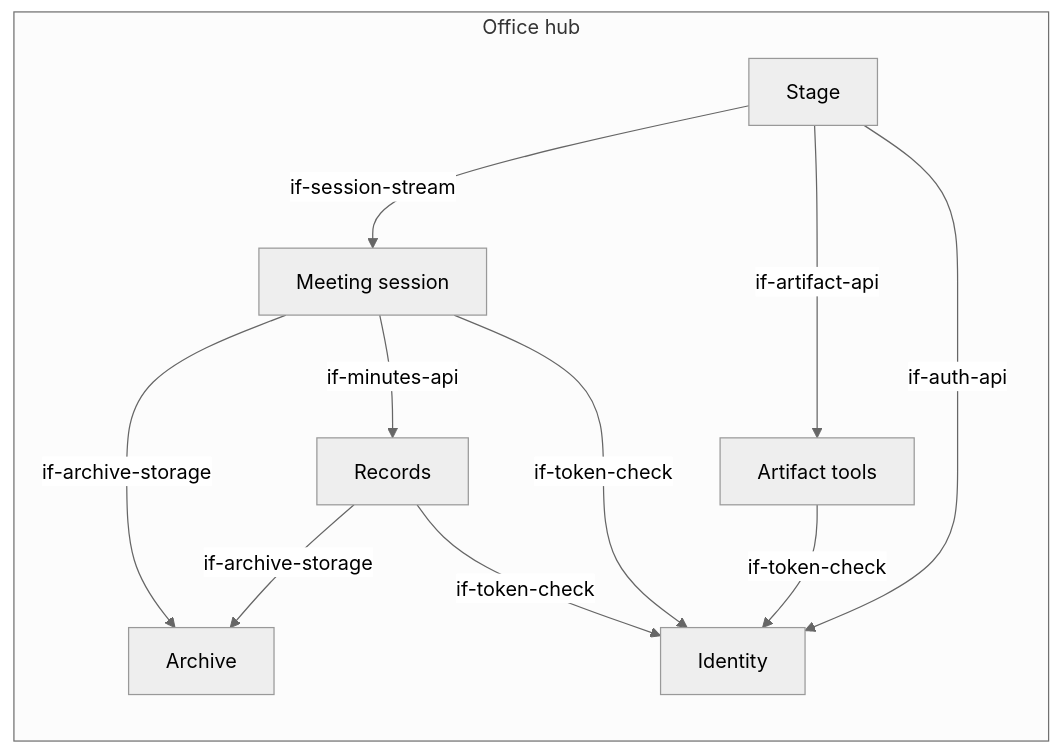
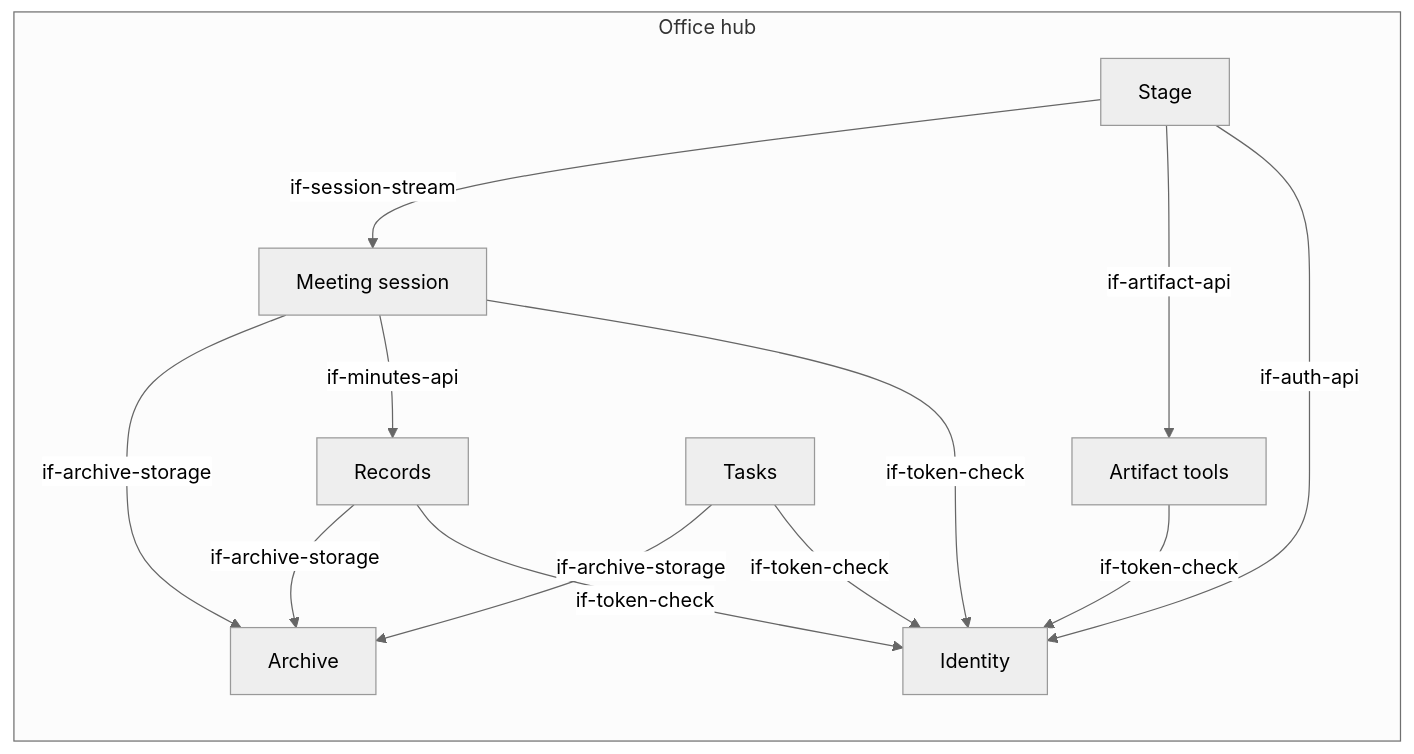
The second of 3 diagrams in docs/architecture/05-building-blocks.arc42.md (mrsimpson/agentic-office), drawn with Mermaid (neutral theme) before and after one commit. The commit also changed other lines of this file and 24 other files, not shown here.

````diff
--- a/docs/architecture/05-building-blocks.arc42.md
+++ b/docs/architecture/05-building-blocks.arc42.md
@@ -65,20 +66,23 @@
 ```mermaid
 flowchart LR
     subgraph bb_office_hub [Office hub]
         bb_archive[Archive]
         bb_artifact_service[Artifact tools]
         bb_identity[Identity]
         bb_records[Records]
         bb_session_service[Meeting session]
         bb_stage[Stage]
+        bb_tasks[Tasks]
     end
     bb_artifact_service -->|if-token-check| bb_identity
     bb_records -->|if-archive-storage| bb_archive
     bb_records -->|if-token-check| bb_identity
     bb_session_service -->|if-archive-storage| bb_archive
     bb_session_service -->|if-minutes-api| bb_records
     bb_session_service -->|if-token-check| bb_identity
     bb_stage -->|if-session-stream| bb_session_service
     bb_stage -->|if-artifact-api| bb_artifact_service
     bb_stage -->|if-auth-api| bb_identity
+    bb_tasks -->|if-archive-storage| bb_archive
+    bb_tasks -->|if-token-check| bb_identity
 ```
````
